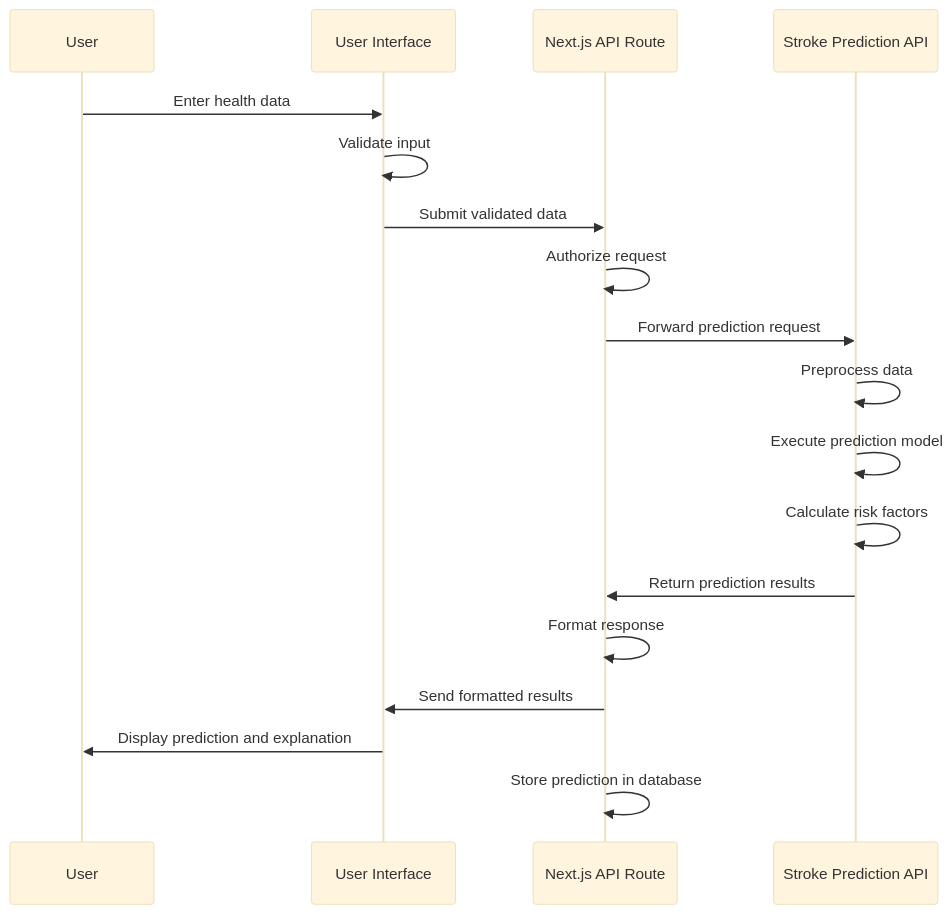
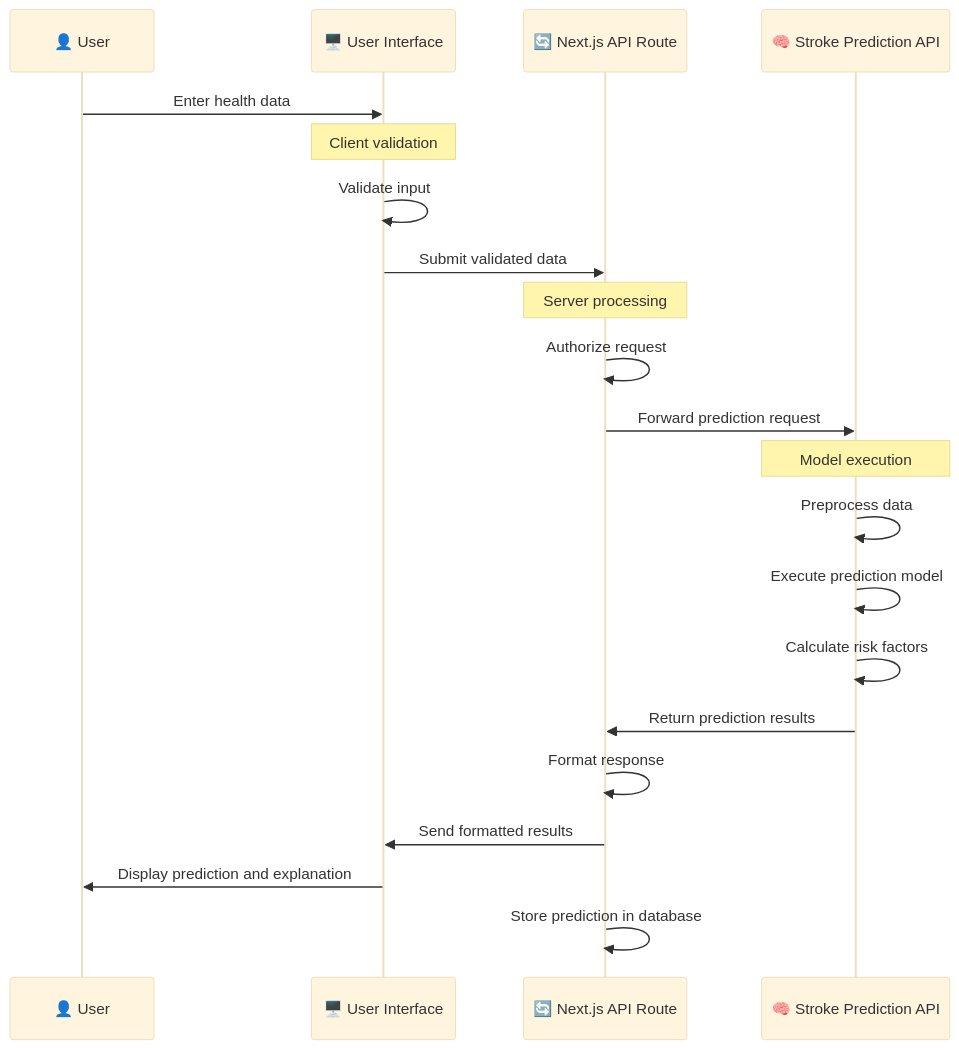
The seventh of 14 diagrams in README.md (AbdullahSaeed1211/temp), drawn with Mermaid (base theme) before and after one commit. The commit also changed other lines of this file, not shown here.

````diff
--- a/README.md
+++ b/README.md
@@ -1414,21 +1434,24 @@
 ```mermaid
 sequenceDiagram
-    participant User
-    participant UI as User Interface
-    participant API as Next.js API Route
-    participant ML as Stroke Prediction API
+    participant User as 👤 User
+    participant UI as 🖥️ User Interface
+    participant API as 🔄 Next.js API Route
+    participant ML as 🧠 Stroke Prediction API
     
     User->>UI: Enter health data
+    Note over UI: Client validation
     UI->>UI: Validate input
     UI->>API: Submit validated data
+    Note over API: Server processing
     API->>API: Authorize request
     API->>ML: Forward prediction request
+    Note over ML: Model execution
     ML->>ML: Preprocess data
     ML->>ML: Execute prediction model
     ML->>ML: Calculate risk factors
     ML->>API: Return prediction results
     API->>API: Format response
     API->>UI: Send formatted results
     UI->>User: Display prediction and explanation
     API->>API: Store prediction in database
 ```
````
